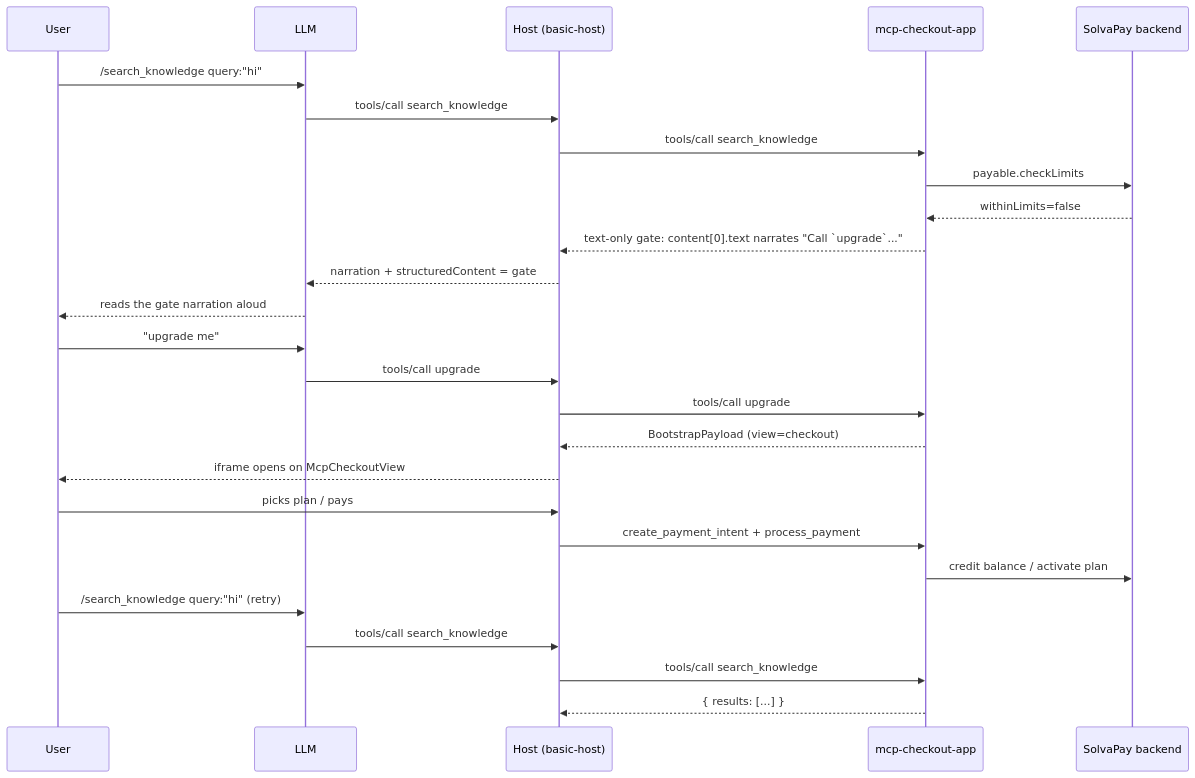
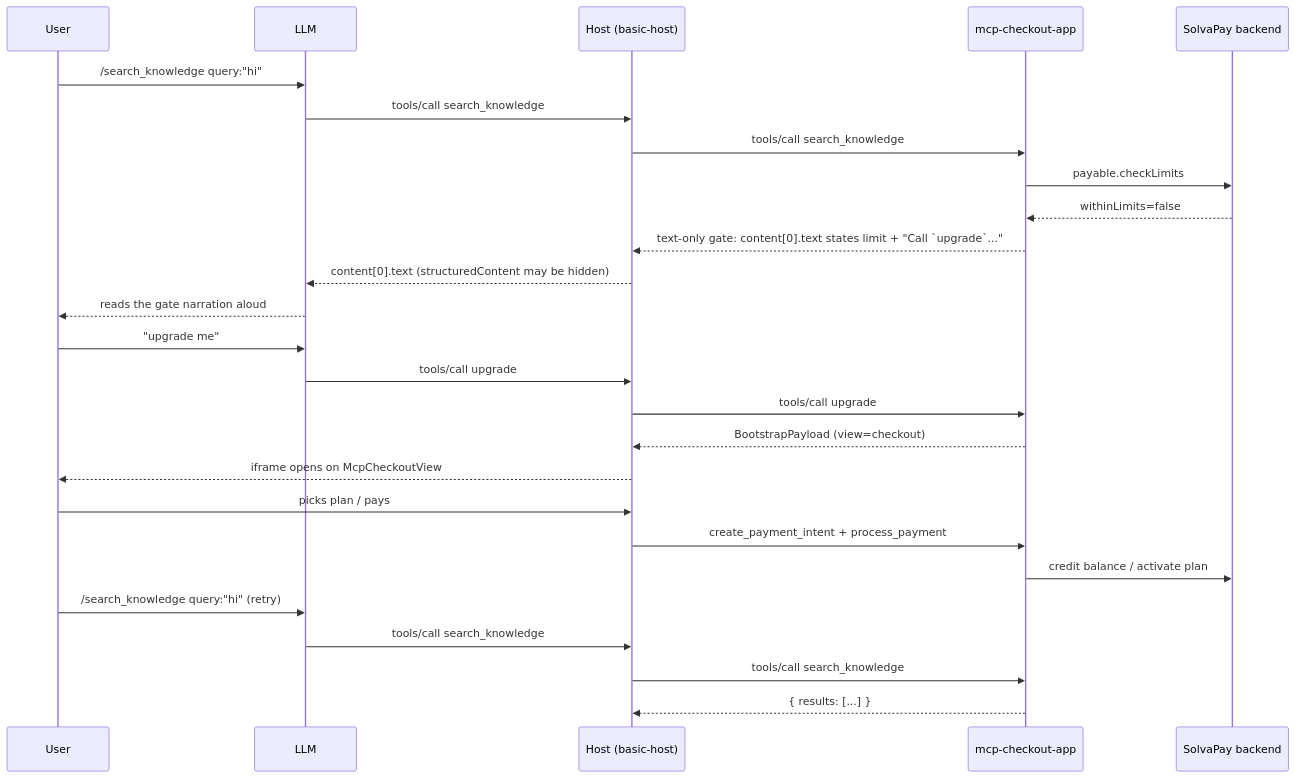
Before and after one commit to solvapay/solvapay-sdk: the third of 3 diagrams in examples/mcp-checkout-app/README.md, drawn with Mermaid. The commit also changed other lines of this file and 11 other files, not shown here.

````diff
--- a/examples/mcp-checkout-app/README.md
+++ b/examples/mcp-checkout-app/README.md
@@ -379,32 +405,32 @@
 ```mermaid
 sequenceDiagram
   participant U as User
   participant LLM as LLM
   participant H as Host (basic-host)
   participant S as mcp-checkout-app
   participant SP as SolvaPay backend
 
   U->>LLM: /search_knowledge query:"hi"
   LLM->>H: tools/call search_knowledge
   H->>S: tools/call search_knowledge
   S->>SP: payable.checkLimits
   SP-->>S: withinLimits=false
-  S-->>H: text-only gate: content[0].text narrates "Call `upgrade`..."
-  H-->>LLM: narration + structuredContent = gate
+  S-->>H: text-only gate: content[0].text states limit + "Call `upgrade`..."
+  H-->>LLM: content[0].text (structuredContent may be hidden)
   LLM-->>U: reads the gate narration aloud
 
   U->>LLM: "upgrade me"
   LLM->>H: tools/call upgrade
   H->>S: tools/call upgrade
   S-->>H: BootstrapPayload (view=checkout)
   H-->>U: iframe opens on McpCheckoutView
 
   U->>H: picks plan / pays
   H->>S: create_payment_intent + process_payment
   S->>SP: credit balance / activate plan
 
   U->>LLM: /search_knowledge query:"hi" (retry)
   LLM->>H: tools/call search_knowledge
   H->>S: tools/call search_knowledge
   S-->>H: { results: [...] }
 ```
````
